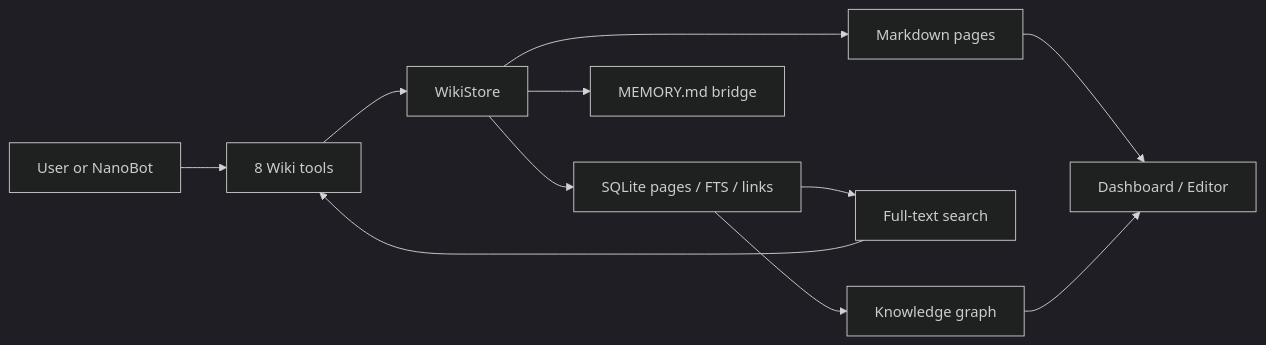
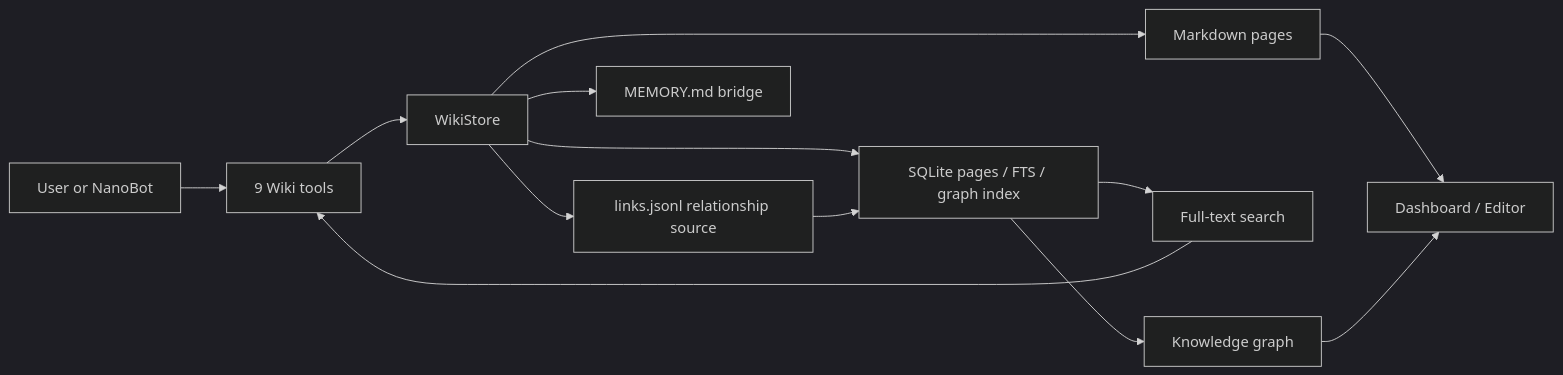
The diagram in README_EN.md (yu-xin-c/nanobot-llm-wiki), drawn with Mermaid (dark theme) before and after one commit. The commit also changed other lines of this file and 11 other files, not shown here.

Commit message:
Harden wiki relationship storage and editing

````diff
--- a/README_EN.md
+++ b/README_EN.md
@@ -261,13 +262,15 @@
 ```mermaid
 flowchart LR
-  User["User or NanoBot"] --> Tools["8 Wiki tools"]
+  User["User or NanoBot"] --> Tools["9 Wiki tools"]
   Tools --> Store["WikiStore"]
   Store --> Markdown["Markdown pages"]
-  Store --> SQLite["SQLite pages / FTS / links"]
+  Store --> LinkSource["links.jsonl relationship source"]
+  Store --> SQLite["SQLite pages / FTS / graph index"]
   Store --> Bridge["MEMORY.md bridge"]
+  LinkSource --> SQLite
   Markdown --> UI["Dashboard / Editor"]
   SQLite --> Search["Full-text search"]
   SQLite --> Graph["Knowledge graph"]
   Search --> Tools
   Graph --> UI
 ```
````
